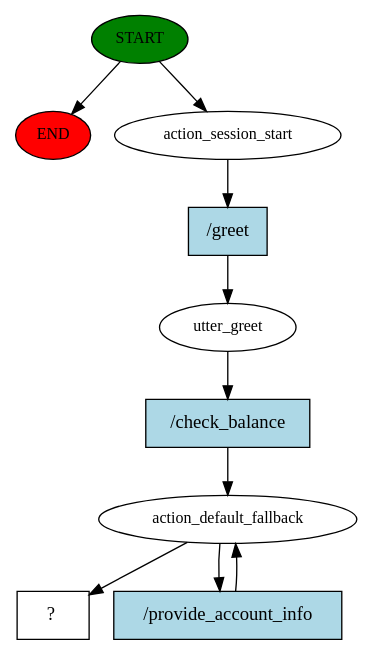
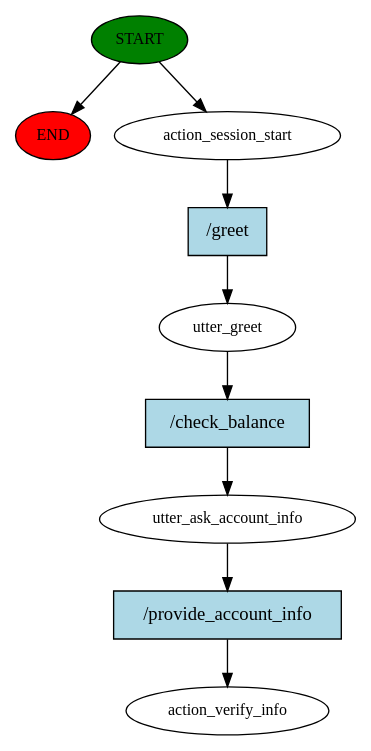
One commit to ShankalpaPokharel/Project-With-Rasa changed the diagram in balancebot/story_graph.dot. Above: the diagram before and after it, drawn with Graphviz. The commit also changed 17 other files, not shown here.

```diff
--- a/balancebot/story_graph.dot
+++ b/balancebot/story_graph.dot
@@ -1,20 +1,19 @@
 digraph  {
 0 [class="start active", fillcolor=green, fontsize=12, label=START, style=filled];
 "-1" [class=end, fillcolor=red, fontsize=12, label=END, style=filled];
 1 [class=active, fontsize=12, label=action_session_start];
 2 [class=active, fontsize=12, label=utter_greet];
-3 [class=active, fontsize=12, label=action_default_fallback];
-5 [class="intent dashed active", label="  ?  ", shape=rect];
-6 [class="intent active", fillcolor=lightblue, label="/greet", shape=rect, style=filled];
-7 [class="intent active", fillcolor=lightblue, label="/check_balance", shape=rect, style=filled];
-8 [class="intent active", fillcolor=lightblue, label="/provide_account_info", shape=rect, style=filled];
+3 [class=active, fontsize=12, label=utter_ask_account_info];
+4 [class="dashed active", fontsize=12, label=action_verify_info];
+5 [class="intent active", fillcolor=lightblue, label="/greet", shape=rect, style=filled];
+6 [class="intent active", fillcolor=lightblue, label="/check_balance", shape=rect, style=filled];
+7 [class="intent active", fillcolor=lightblue, label="/provide_account_info", shape=rect, style=filled];
 0 -> "-1"  [class="", key=NONE, label=""];
 0 -> 1  [class=active, key=NONE, label=""];
-1 -> 6  [class=active, key=0];
-2 -> 7  [class=active, key=0];
-3 -> 5  [class=active, key=NONE, label=""];
-3 -> 8  [class=active, key=0];
-6 -> 2  [class=active, key=0];
-7 -> 3  [class=active, key=0];
-8 -> 3  [class=active, key=0];
+1 -> 5  [class=active, key=0];
+2 -> 6  [class=active, key=0];
+3 -> 7  [class=active, key=0];
+5 -> 2  [class=active, key=0];
+6 -> 3  [class=active, key=0];
+7 -> 4  [class=active, key=0];
 }
```
